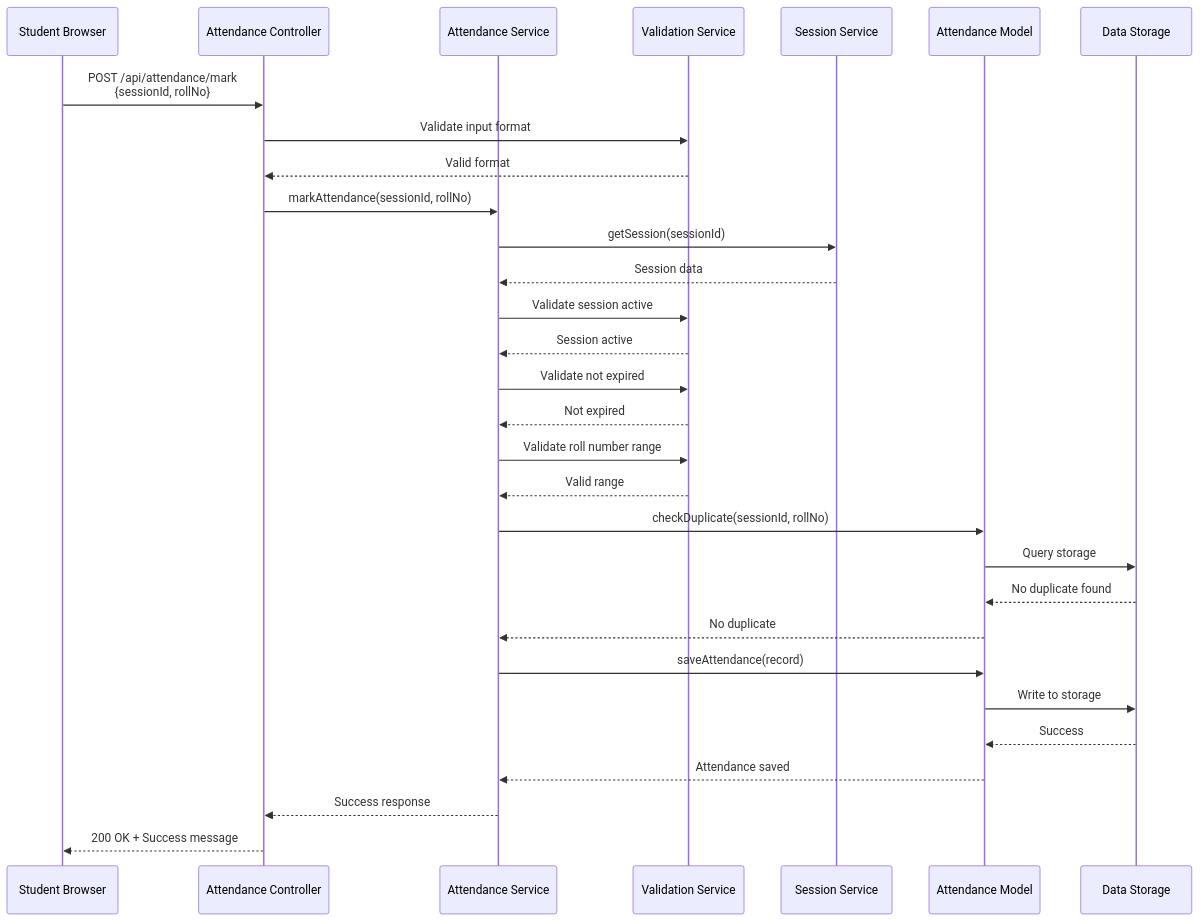
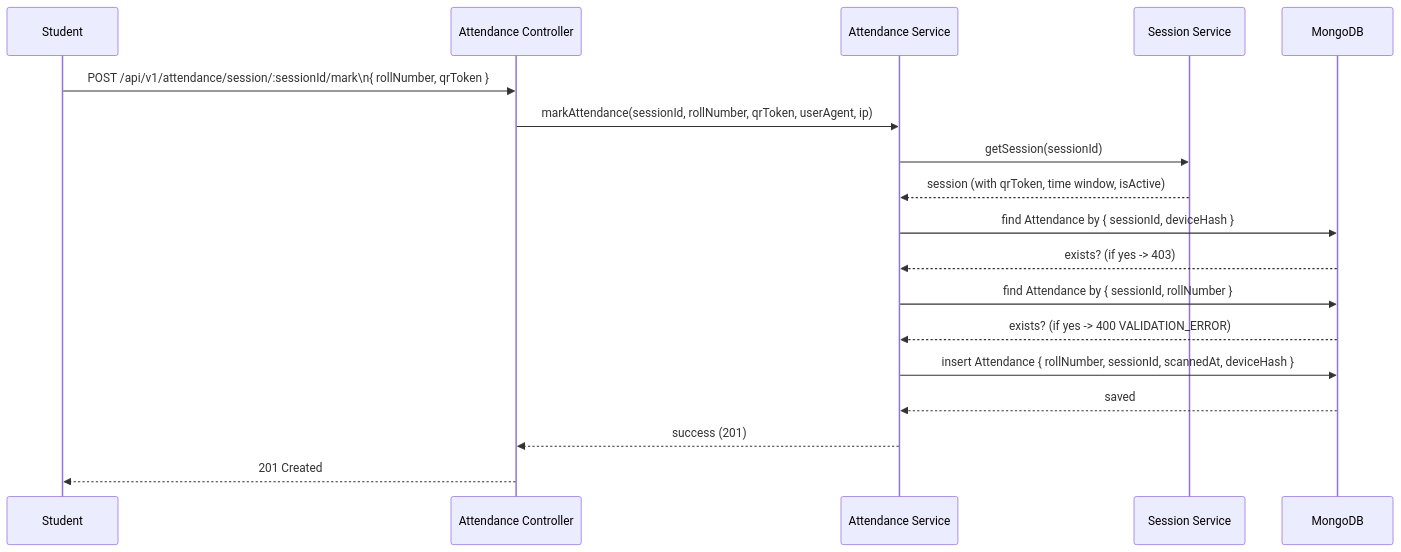
Before and after one commit to abhakeemshah/attendRevolution: the second of 7 diagrams in ARCHITECTURE.md, drawn with Mermaid. The commit also changed other lines of this file and 5 other files, not shown here.

First line of the commit message:
docs: update README, architecture, flowcharts to match current backend

````diff
--- a/ARCHITECTURE.md
+++ b/ARCHITECTURE.md
@@ -318,33 +81,21 @@
 ```mermaid
 sequenceDiagram
-    participant S as Student Browser
-    participant C as Attendance Controller
+    participant S as Student
+    participant API as Attendance Controller
     participant AS as Attendance Service
-    participant VS as Validation Service
     participant SS as Session Service
-    participant AM as Attendance Model
-    participant DS as Data Storage
-    
-    S->>C: POST /api/attendance/mark<br/>{sessionId, rollNo}
-    C->>VS: Validate input format
-    VS-->>C: Valid format
-    C->>AS: markAttendance(sessionId, rollNo)
+    participant DB as MongoDB
+
+    S->>API: POST /api/v1/attendance/session/:sessionId/mark\n{ rollNumber, qrToken }
+    API->>AS: markAttendance(sessionId, rollNumber, qrToken, userAgent, ip)
     AS->>SS: getSession(sessionId)
-    SS-->>AS: Session data
-    AS->>VS: Validate session active
-    VS-->>AS: Session active
-    AS->>VS: Validate not expired
-    VS-->>AS: Not expired
-    AS->>VS: Validate roll number range
-    VS-->>AS: Valid range
-    AS->>AM: checkDuplicate(sessionId, rollNo)
-    AM->>DS: Query storage
-    DS-->>AM: No duplicate found
-    AM-->>AS: No duplicate
-    AS->>AM: saveAttendance(record)
-    AM->>DS: Write to storage
-    DS-->>AM: Success
-    AM-->>AS: Attendance saved
-    AS-->>C: Success response
-    C-->>S: 200 OK + Success message
+    SS-->>AS: session (with qrToken, time window, isActive)
+    AS->>DB: find Attendance by { sessionId, deviceHash }
+    DB-->>AS: exists? (if yes -> 403)
+    AS->>DB: find Attendance by { sessionId, rollNumber }
+    DB-->>AS: exists? (if yes -> 400 VALIDATION_ERROR)
+    AS->>DB: insert Attendance { rollNumber, sessionId, scannedAt, deviceHash }
+    DB-->>AS: saved
+    AS-->>API: success (201)
+    API-->>S: 201 Created
 ```
````
